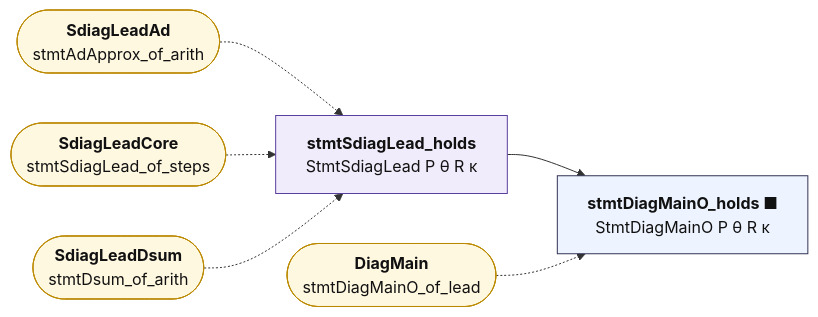
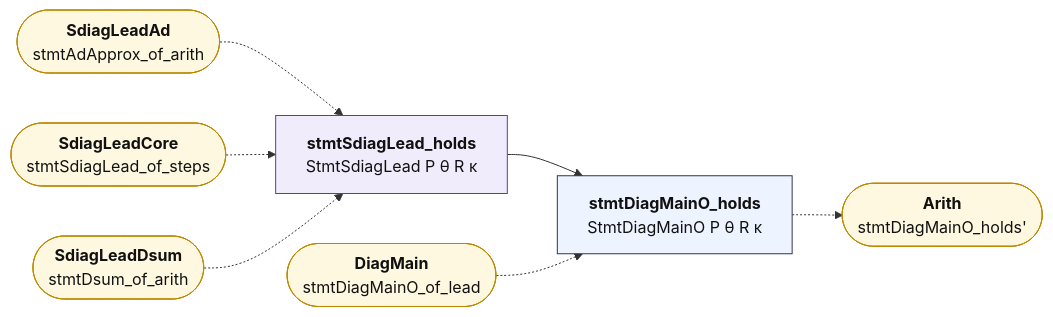
One commit to juliansambranojr/Primebeat_081426 changed the diagram in map/lean_stage3/SdiagLead.md. Above: the diagram before and after it, drawn with Mermaid. The commit also changed other lines of this file and 36 other files, not shown here.

````diff
--- a/map/lean_stage3/SdiagLead.md
+++ b/map/lean_stage3/SdiagLead.md
@@ -14,22 +14,24 @@
 ```mermaid
 flowchart LR
   n0["<b>stmtSdiagLead_holds</b><br/>StmtSdiagLead P θ R κ"]:::shp
-  n1["<b>stmtDiagMainO_holds ■</b><br/>StmtDiagMainO P θ R κ"]:::thm
+  n1["<b>stmtDiagMainO_holds</b><br/>StmtDiagMainO P θ R κ"]:::thm
   x0(["<b>SdiagLeadAd</b><br/>stmtAdApprox_of_arith"]):::ext
   x1(["<b>SdiagLeadCore</b><br/>stmtSdiagLead_of_steps"]):::ext
   x2(["<b>SdiagLeadDsum</b><br/>stmtDsum_of_arith"]):::ext
   x3(["<b>DiagMain</b><br/>stmtDiagMainO_of_lead"]):::ext
+  x4(["<b>Arith</b><br/>stmtDiagMainO_holds'"]):::ext
   n0 --> n1
+  n1 -.-> x4
   x0 -.-> n0
   x1 -.-> n0
   x2 -.-> n0
   x3 -.-> n1
   classDef cnt fill:#dff5ec,stroke:#17694a,color:#111
   classDef shp fill:#f1ecfb,stroke:#5b3fa0,color:#111
   classDef rh fill:#ffe5e5,stroke:#c22,color:#111,stroke-width:2px
   classDef thm fill:#eef4ff,stroke:#335,color:#111
   classDef end_ fill:#e7f7e7,stroke:#2a7,color:#111,stroke-width:2px
   classDef lone fill:#fff,stroke:#999,color:#111,stroke-dasharray:4 3
   classDef bad fill:#ffe5e5,stroke:#c22,color:#111,stroke-width:2px
   classDef ext fill:#fff8e1,stroke:#b80,color:#111
 ```
````
